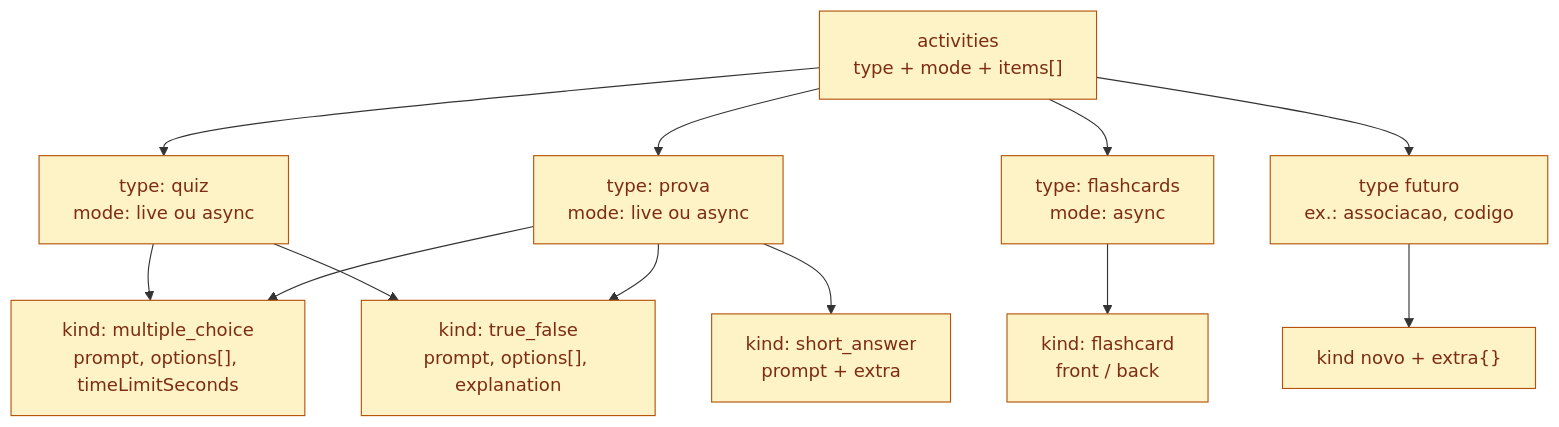
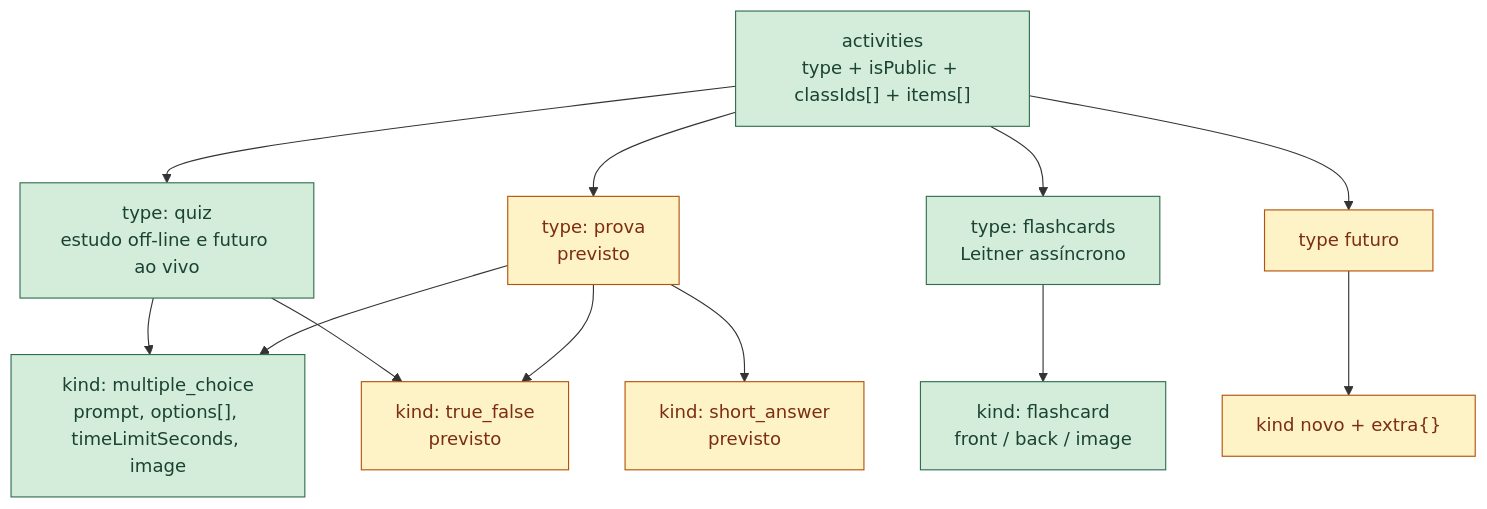
The fifth of 6 diagrams in docs/diagrama-banco-dados.md (brenorosa10/Projeto_TCC), drawn with Mermaid before and after one commit. The commit also changed other lines of this file and 31 other files, not shown here.

````diff
--- a/docs/diagrama-banco-dados.md
+++ b/docs/diagrama-banco-dados.md
@@ -249,20 +260,22 @@
 ```mermaid
 flowchart TB
-  ACT["activities<br/>type + mode + items[]"]
+  ACT["activities<br/>type + isPublic + classIds[] + items[]"]
 
-  ACT --> Q["type: quiz<br/>mode: live ou async"]
-  ACT --> PR["type: prova<br/>mode: live ou async"]
-  ACT --> F["type: flashcards<br/>mode: async"]
-  ACT --> X["type futuro<br/>ex.: associacao, codigo"]
+  ACT --> Q["type: quiz<br/>estudo off-line e futuro ao vivo"]
+  ACT --> PR["type: prova<br/>previsto"]
+  ACT --> F["type: flashcards<br/>Leitner assíncrono"]
+  ACT --> X["type futuro"]
 
-  Q --> MC["kind: multiple_choice<br/>prompt, options[], timeLimitSeconds"]
-  Q --> TF["kind: true_false<br/>prompt, options[], explanation"]
+  Q --> MC["kind: multiple_choice<br/>prompt, options[], timeLimitSeconds, image"]
+  Q --> TF["kind: true_false<br/>previsto"]
   PR --> MC
   PR --> TF
-  PR --> SA["kind: short_answer<br/>prompt + extra"]
-  F --> FC["kind: flashcard<br/>front / back"]
+  PR --> SA["kind: short_answer<br/>previsto"]
+  F --> FC["kind: flashcard<br/>front / back / image"]
   X --> EX["kind novo + extra{}"]
 
+  classDef atual fill:#d4edda,stroke:#2f6f4e,color:#1b4332
   classDef futuro fill:#fef3c7,stroke:#b45309,color:#7c2d12
-  class ACT,Q,PR,F,X,MC,TF,SA,FC,EX futuro
+  class ACT,Q,F,MC,FC atual
+  class PR,X,TF,SA,EX futuro
 ```
````
